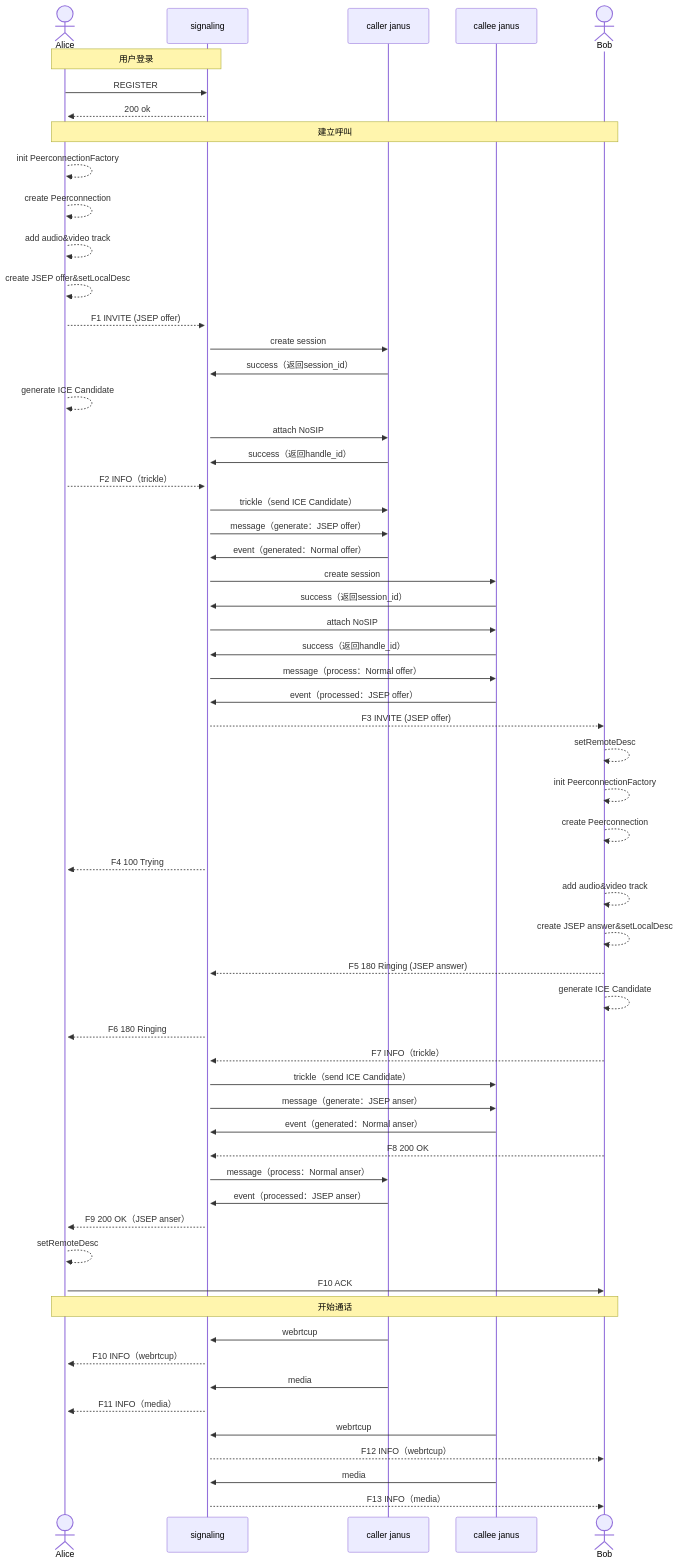
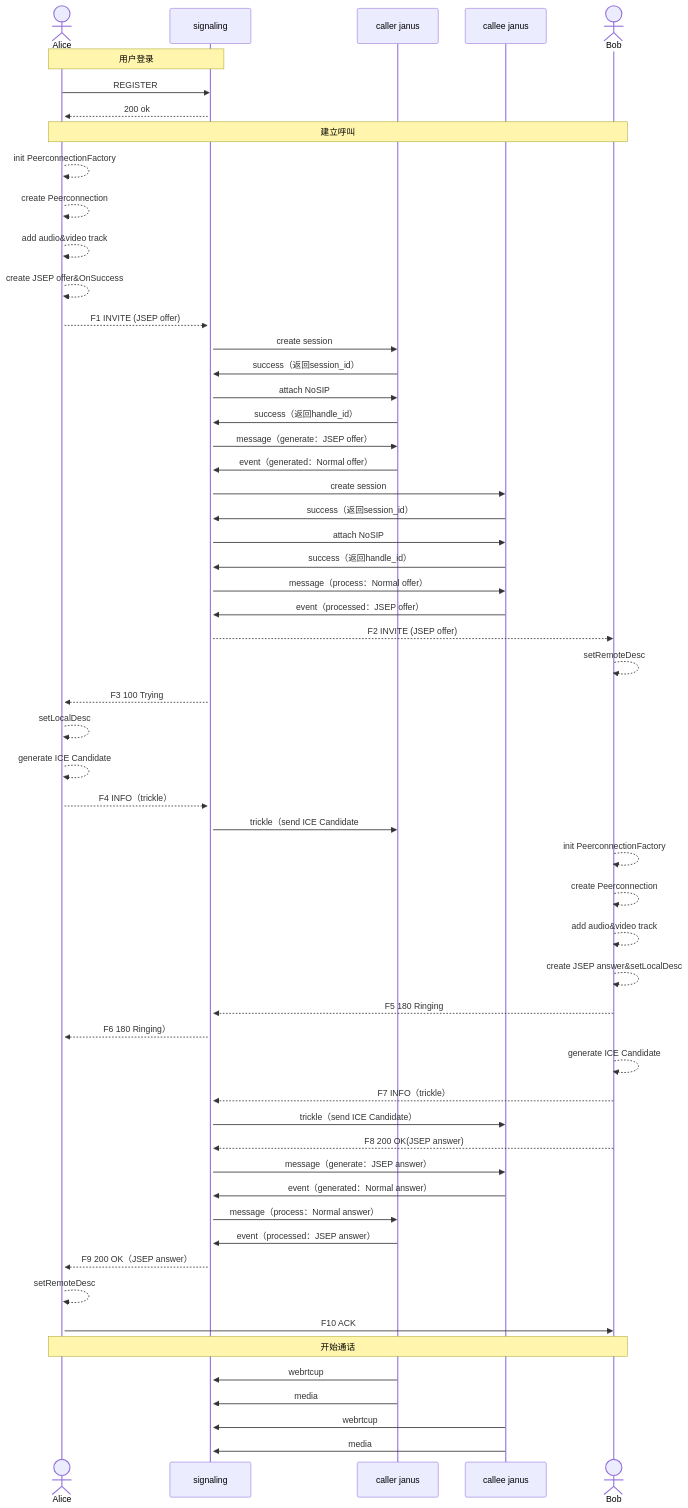
One commit to Ambert1108/allLink changed the diagram in doc/SIP&Janus 1v1 时序图.md. Above: the diagram before and after it, drawn with Mermaid. The commit also changed other lines of this file and 20 other files, not shown here.

````diff
--- a/doc/SIP&Janus 1v1 时序图.md
+++ b/doc/SIP&Janus 1v1 时序图.md
@@ -20,66 +6,68 @@
 ```mermaid
 sequenceDiagram
   actor Alice
   participant signaling
   participant caller janus
   participant callee janus
   actor Bob
   Note over Alice,signaling: 用户登录
   Alice->>signaling: REGISTER
   activate Alice
   activate signaling
   signaling-->>Alice: 200 ok
   
   Note over Alice,Bob: 建立呼叫
   Alice-->>Alice: init PeerconnectionFactory
   Alice-->>Alice: create Peerconnection
   Alice-->>Alice: add audio&video track
-  Alice-->>Alice: create JSEP offer&setLocalDesc
+  Alice-->>Alice: create JSEP offer&OnSuccess
   Alice-->>signaling: F1 INVITE (JSEP offer)
   signaling->>caller janus: create session
   caller janus->>signaling: success（返回session_id）
-  Alice-->>Alice: generate ICE Candidate
   signaling->>caller janus: attach NoSIP
   caller janus->>signaling: success（返回handle_id）
-  Alice-->>signaling: F2 INFO（trickle）
-  signaling->>caller janus: trickle（send ICE Candidate）
+  
   signaling->>caller janus: message（generate：JSEP offer）
   caller janus->>signaling: event（generated：Normal offer）
   signaling->>callee janus: create session
   callee janus->>signaling: success（返回session_id）
   signaling->>callee janus: attach NoSIP
   callee janus->>signaling: success（返回handle_id）
   signaling->>callee janus: message（process：Normal offer）
   callee janus->>signaling: event（processed：JSEP offer）
-  signaling-->>Bob: F3 INVITE (JSEP offer)
+  signaling-->>Bob: F2 INVITE (JSEP offer)
   Bob-->>Bob: setRemoteDesc
+  signaling-->>Alice: F3 100 Trying
+  Alice-->>Alice: setLocalDesc
+  Alice-->>Alice: generate ICE Candidate
+  Alice-->>signaling: F4 INFO（trickle）
+  signaling->>caller janus: trickle（send ICE Candidate
+
   Bob-->>Bob: init PeerconnectionFactory
   Bob-->>Bob: create Peerconnection
-  signaling-->>Alice: F4 100 Trying
   Bob-->>Bob: add audio&video track
   Bob-->>Bob: create JSEP answer&setLocalDesc
-  Bob-->>signaling: F5 180 Ringing (JSEP answer)
+  Bob-->>signaling: F5 180 Ringing 
+  signaling-->>Alice: F6 180 Ringing）
+  
   Bob-->>Bob: generate ICE Candidate
-  signaling-->>Alice: F6 180 Ringing
   Bob-->>signaling: F7 INFO（trickle）
   signaling->>callee janus: trickle（send ICE Candidate）
-  signaling->>callee janus: message（generate：JSEP anser）
-  callee janus->>signaling: event（generated：Normal anser）
-  Bob-->>signaling: F8 200 OK
-  signaling->>caller janus: message（process：Normal anser）
-  caller janus->>signaling: event（processed：JSEP anser）
-  signaling-->>Alice: F9 200 OK（JSEP anser）
+  
+  
+  Bob-->>signaling: F8 200 OK(JSEP answer)
+  signaling->>callee janus: message（generate：JSEP answer）
+  callee janus->>signaling: event（generated：Normal answer）
+  signaling->>caller janus: message（process：Normal answer）
+  caller janus->>signaling: event（processed：JSEP answer）
+  signaling-->>Alice: F9 200 OK（JSEP answer）
   Alice-->>Alice: setRemoteDesc
   Alice->>Bob: F10 ACK
   
   Note over Alice,Bob: 开始通话
   caller janus->>signaling: webrtcup
-  signaling-->>Alice: F10 INFO（webrtcup）
   caller janus->>signaling: media
-  signaling-->>Alice: F11 INFO（media）
   callee janus->>signaling: webrtcup
-  signaling-->>Bob: F12 INFO（webrtcup）
   callee janus->>signaling: media
-  signaling-->>Bob: F13 INFO（media）
   
 ```
````
